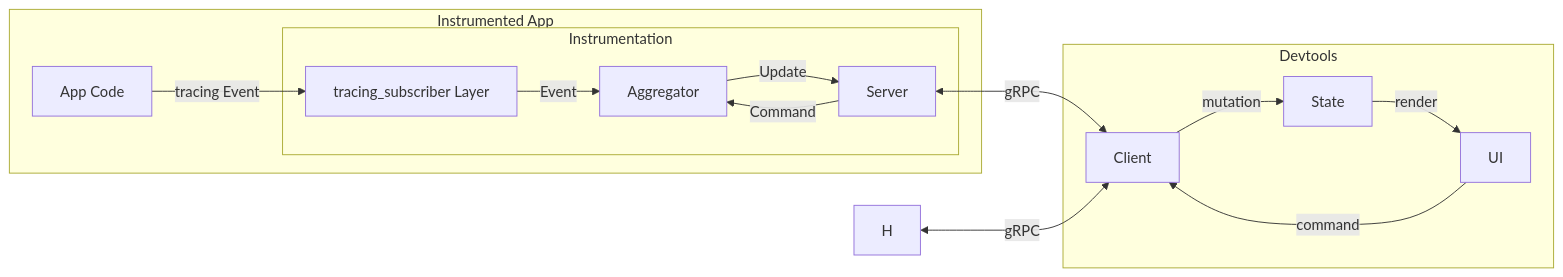
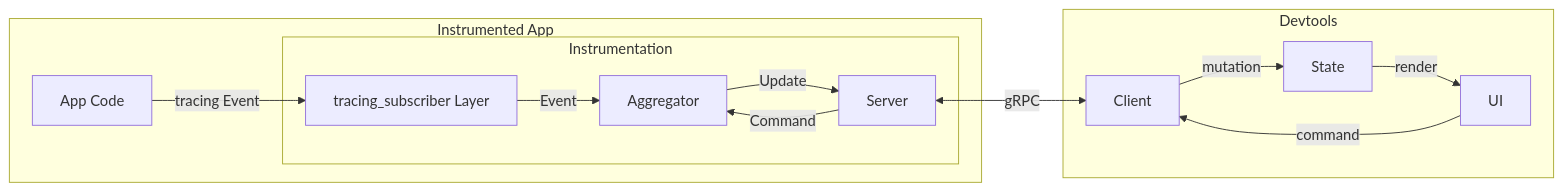
The diagram in ARCHITECTURE.md (crabnebula-dev/devtools), drawn with Mermaid before and after one commit.

````diff
--- a/ARCHITECTURE.md
+++ b/ARCHITECTURE.md
@@ -21,32 +21,31 @@
 ```mermaid
 flowchart LR
     subgraph InstrumentedApp[Instrumented App]
     A[App Code]
 
     subgraph Instrumentation
     L[tracing_subscriber Layer]
     Ag[Aggregator]
     S[Server]
     end
     end
 
     subgraph Devtools
     C[Client]
     P[State]
     U[UI]
     end
 
     A -->|tracing Event| L
     L -->|Event| Ag
     S -->|Command| Ag
     Ag
     Ag -->|"
         Update
     "| S
     S <-->|gRPC| C
-    H <-->|gRPC| C
 
     C -->|mutation| P
     P -->|render| U
     U -->|command| C
 ```
````
